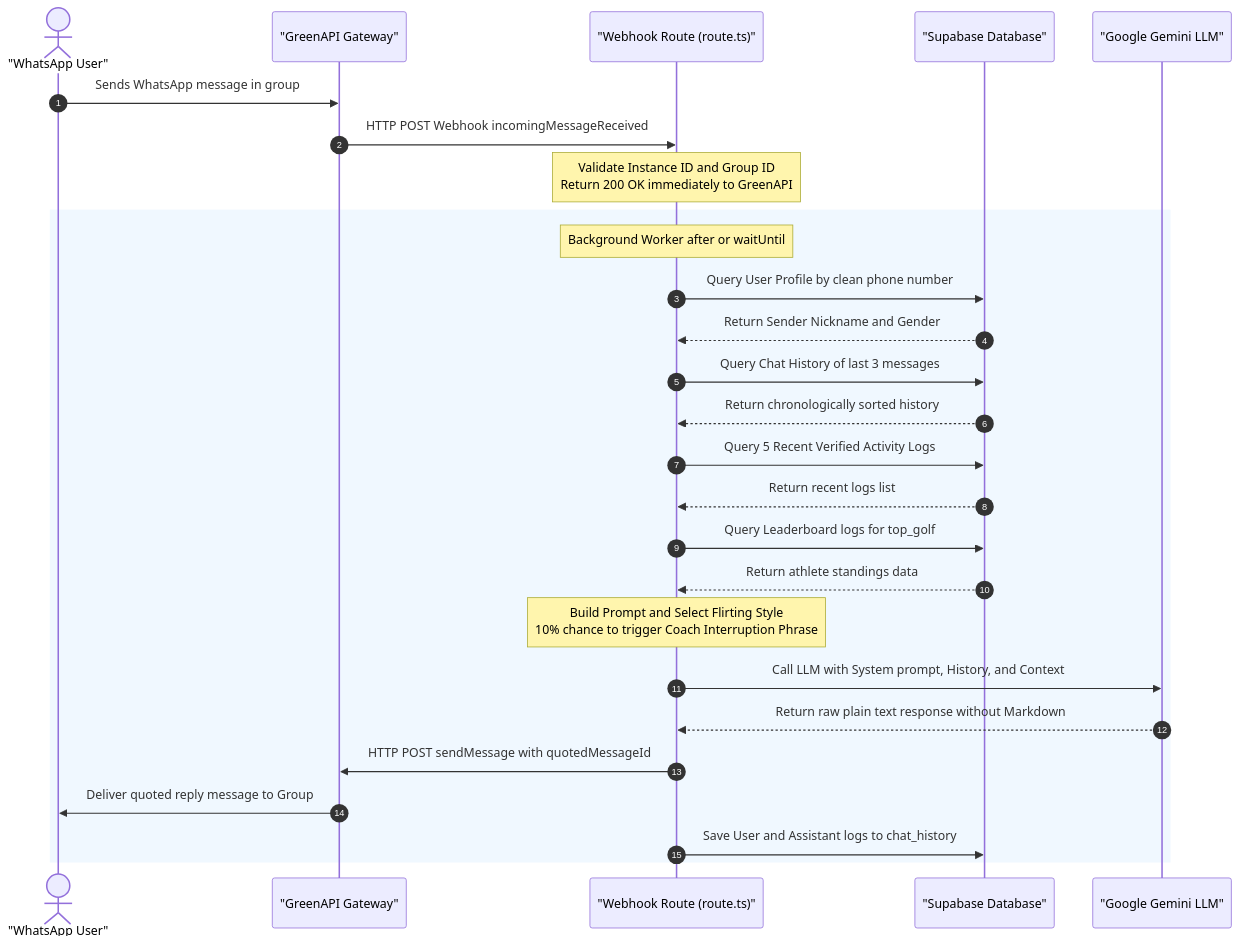
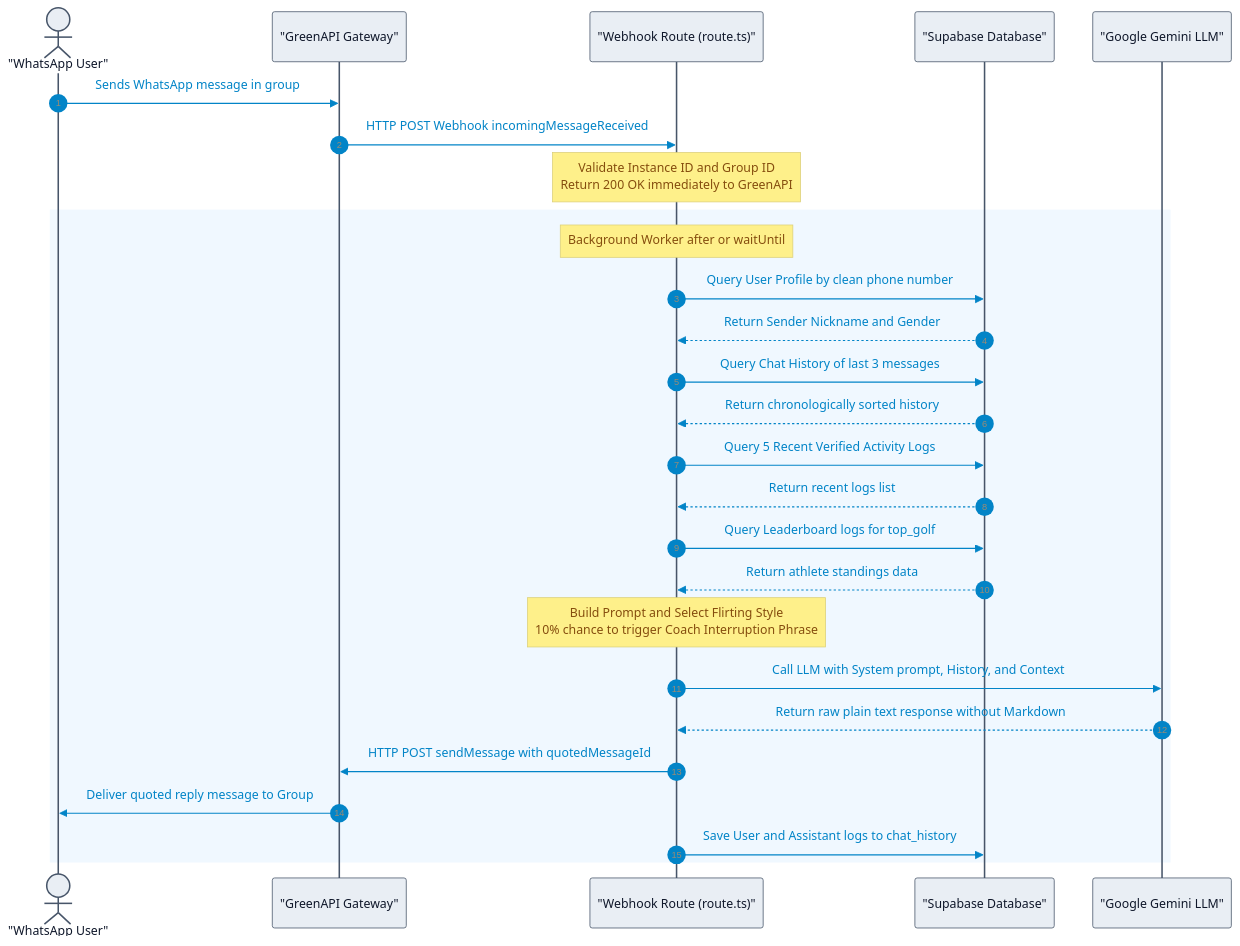
One commit to nithinkotha6/thegrowthclub changed the first of 2 diagrams in docs/AGENTS.md. Above: the diagram before and after it, drawn with Mermaid. The commit also changed other lines of this file, not shown here.

Commit message:
docs: add architectural guide and sequence diagrams for Fisky Banter Engine

````diff
--- a/docs/AGENTS.md
+++ b/docs/AGENTS.md
@@ -17,38 +17,39 @@
 ```mermaid
+%%{init: { 'theme': 'base', 'themeVariables': { 'primaryColor': '#83a3c3ff', 'primaryTextColor': '#253a6bff', 'lineColor': '#64748B', 'actorBkg': '#e9eef4ff', 'actorBorder': '#475569', 'actorTextColor': '#0F172A', 'signalColor': '#0284C7', 'signalTextColor': '#0284C7', 'noteBkgColor': '#FEF08A', 'noteTextColor': '#854D0E', 'rectBkgColor': '#deeae1ff', 'rectBorderColor': '#86EFAC' }}}%%
 sequenceDiagram
     autonumber
     actor User as "WhatsApp User"
     participant Green as "GreenAPI Gateway"
     participant Webhook as "Webhook Route (route.ts)"
     participant DB as "Supabase Database"
     participant Gemini as "Google Gemini LLM"
     
     User->>Green: Sends WhatsApp message in group
     Green->>Webhook: HTTP POST Webhook incomingMessageReceived
     Note over Webhook: Validate Instance ID and Group ID<br/>Return 200 OK immediately to GreenAPI
     
     rect rgb(240, 248, 255)
         Note over Webhook: Background Worker after or waitUntil
         Webhook->>DB: Query User Profile by clean phone number
         DB-->>Webhook: Return Sender Nickname and Gender
         
         Webhook->>DB: Query Chat History of last 3 messages
         DB-->>Webhook: Return chronologically sorted history
         
         Webhook->>DB: Query 5 Recent Verified Activity Logs
         DB-->>Webhook: Return recent logs list
         
         Webhook->>DB: Query Leaderboard logs for top_golf
         DB-->>Webhook: Return athlete standings data
         
         Note over Webhook: Build Prompt and Select Flirting Style<br/>10% chance to trigger Coach Interruption Phrase
         
         Webhook->>Gemini: Call LLM with System prompt, History, and Context
         Gemini-->>Webhook: Return raw plain text response without Markdown
         
         Webhook->>Green: HTTP POST sendMessage with quotedMessageId
         Green->>User: Deliver quoted reply message to Group
         
         Webhook->>DB: Save User and Assistant logs to chat_history
     end
 ``` 
````
